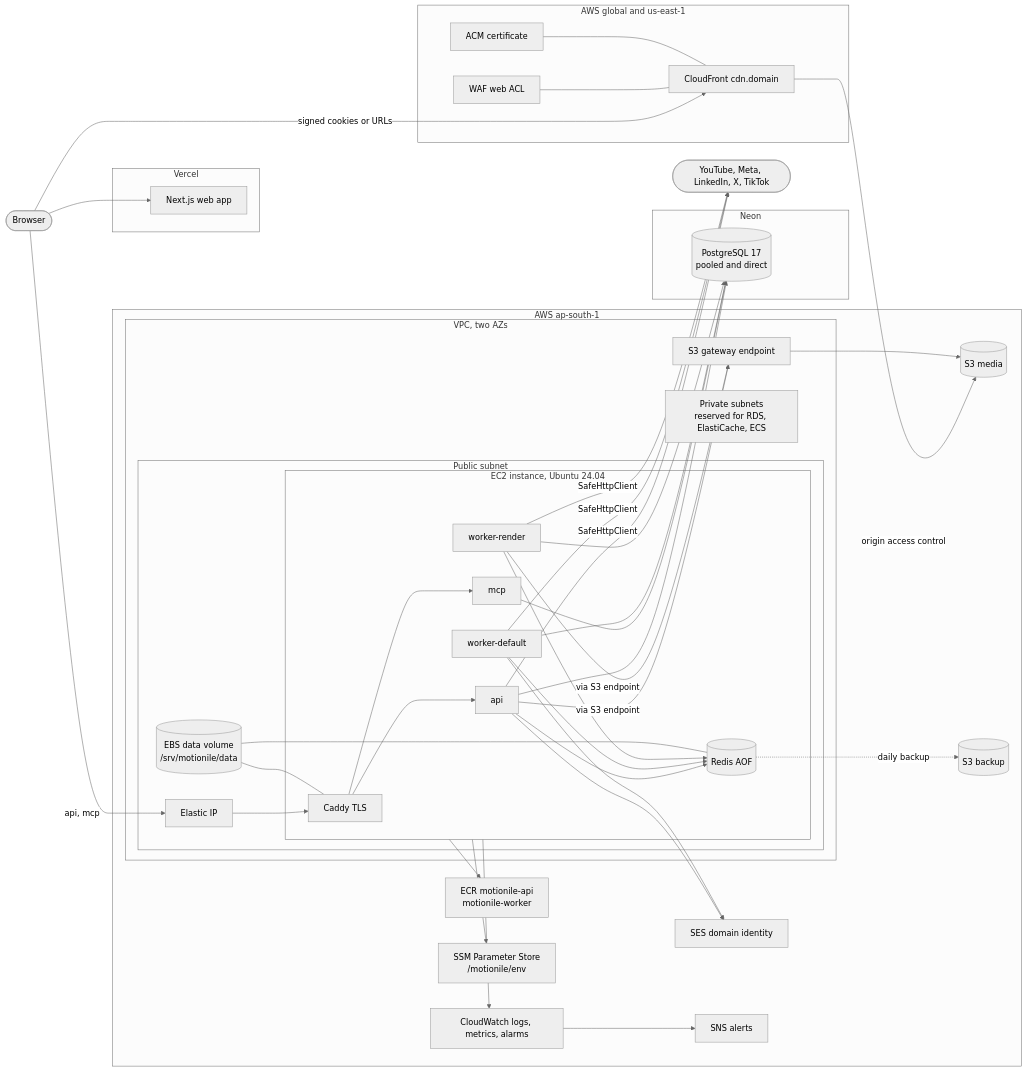
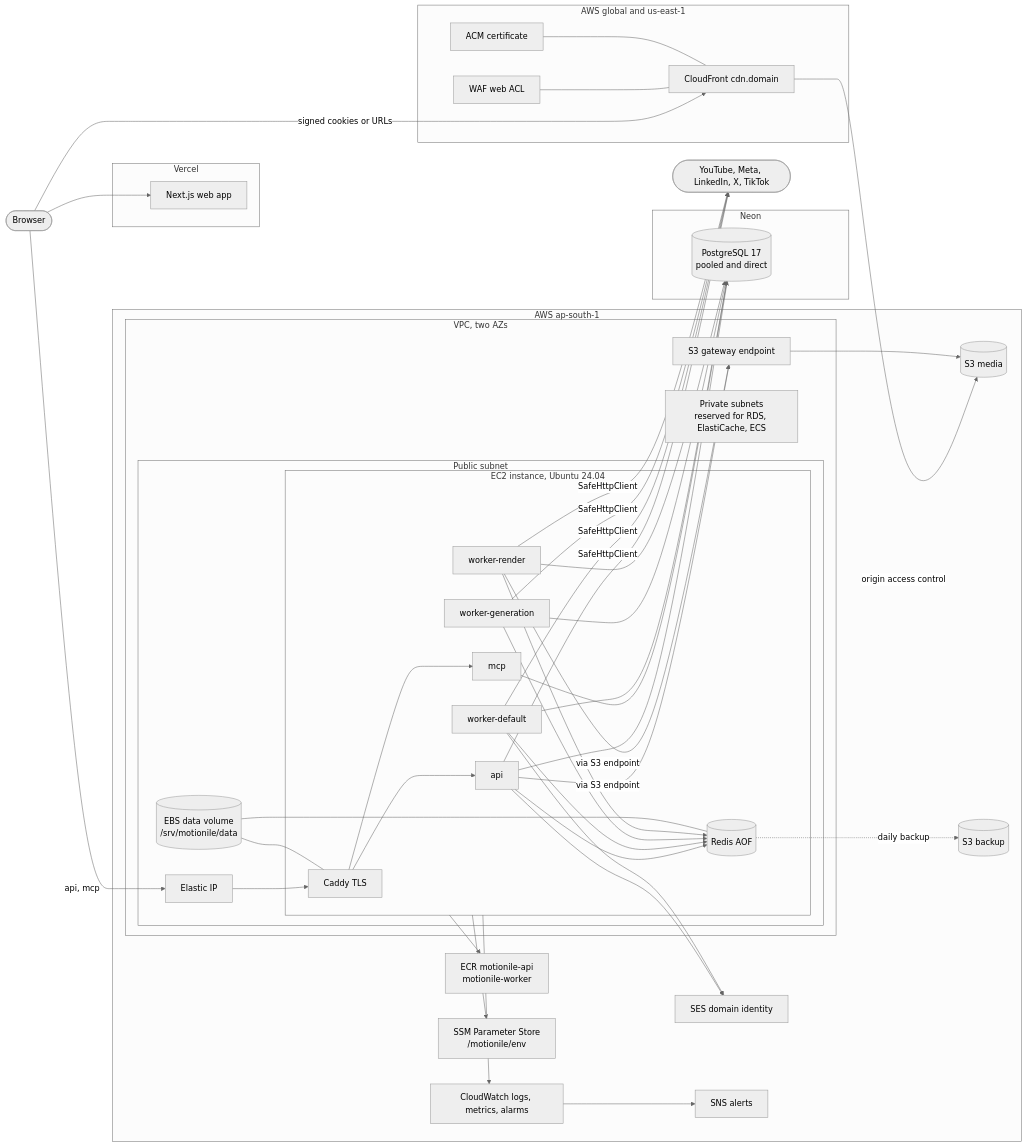
The first of 2 diagrams in docs/infrastructure.md (The-GenAI-Labs/motionile), drawn with Mermaid (neutral theme) before and after one commit. The commit also changed 63 other files, not shown here.

````diff
--- a/docs/infrastructure.md
+++ b/docs/infrastructure.md
@@ -14,64 +14,65 @@
 ```mermaid
 flowchart LR
     user([Browser])
     platforms([YouTube, Meta, LinkedIn, X, TikTok])
 
     subgraph vercel[Vercel]
         web[Next.js web app]
     end
 
     subgraph neon[Neon]
         pg[(PostgreSQL 17<br/>pooled and direct)]
     end
 
     subgraph aws_global[AWS global and us-east-1]
         cf[CloudFront cdn.domain]
         waf[WAF web ACL]
         acm[ACM certificate]
     end
 
     subgraph aws[AWS ap-south-1]
         subgraph vpc[VPC, two AZs]
             subgraph public[Public subnet]
                 eip[Elastic IP]
                 subgraph ec2[EC2 instance, Ubuntu 24.04]
                     caddy[Caddy TLS]
                     api[api]
                     mcp[mcp]
                     wd[worker-default]
+                    wg[worker-generation]
                     wr[worker-render]
                     redis[(Redis AOF)]
                 end
                 data[(EBS data volume<br/>/srv/motionile/data)]
             end
             private[Private subnets<br/>reserved for RDS, ElastiCache, ECS]
             s3e[S3 gateway endpoint]
         end
         ecr[ECR motionile-api<br/>motionile-worker]
         media[(S3 media)]
         backup[(S3 backup)]
         ssm[SSM Parameter Store<br/>/motionile/env]
         ses[SES domain identity]
         cw[CloudWatch logs, metrics, alarms]
         sns[SNS alerts]
     end
 
     user --> web
     user -->|api, mcp| eip --> caddy
     caddy --> api & mcp
     user -->|signed cookies or URLs| cf
     waf --- cf
     acm --- cf
     cf -->|origin access control| media
-    api & mcp & wd & wr --> pg
-    api & wd & wr --> redis
-    api & wd & wr -->|SafeHttpClient| platforms
+    api & mcp & wd & wg & wr --> pg
+    api & wd & wg & wr --> redis
+    api & wd & wg & wr -->|SafeHttpClient| platforms
     api & wr -->|via S3 endpoint| s3e --> media
     redis -. daily backup .-> backup
     ec2 --> ecr
     ec2 --> ssm
     api & wd --> ses
     ec2 --> cw --> sns
     data --- redis
     data --- caddy
 ```
````
